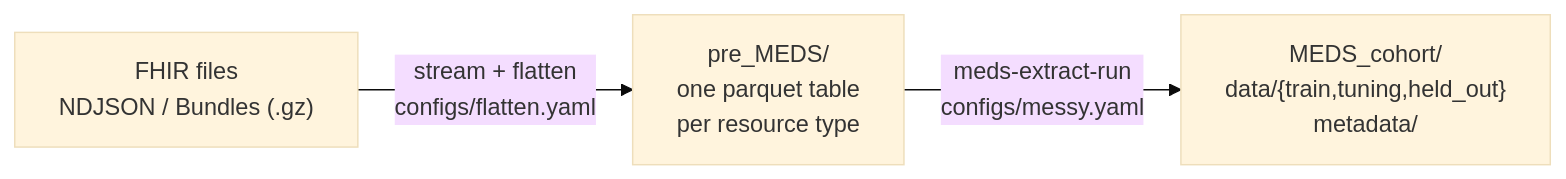
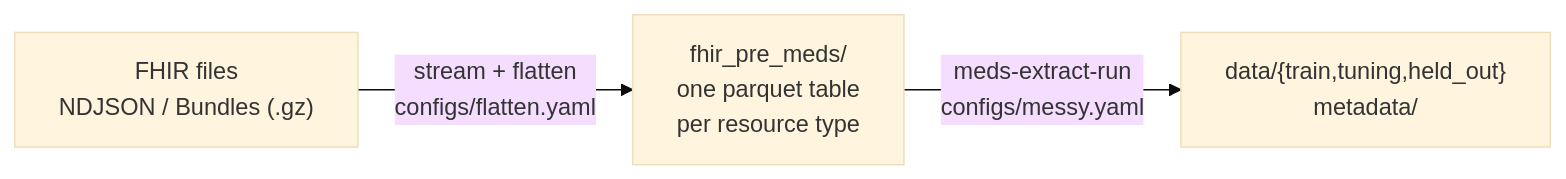
The diagram in docs/design.md (rvandewater/FHIR_MEDS), drawn with Mermaid (base theme) before and after one commit. The commit also changed other lines of this file and 25 other files, not shown here.

First line of the commit message:
Run the ETL as the registered spec FHIR, with suMEDS as a post-stage

````diff
--- a/docs/design.md
+++ b/docs/design.md
@@ -8,5 +8,5 @@
 ```mermaid
 flowchart LR
-    A["FHIR files<br/>NDJSON / Bundles (.gz)"] -->|"stream + flatten<br/>configs/flatten.yaml"| B["pre_MEDS/<br/>one parquet table<br/>per resource type"]
-    B -->|"meds-extract-run<br/>configs/messy.yaml"| C["MEDS_cohort/<br/>data/{train,tuning,held_out}<br/>metadata/"]
+    A["FHIR files<br/>NDJSON / Bundles (.gz)"] -->|"stream + flatten<br/>configs/flatten.yaml"| B["fhir_pre_meds/<br/>one parquet table<br/>per resource type"]
+    B -->|"meds-extract-run<br/>configs/messy.yaml"| C["data/{train,tuning,held_out}<br/>metadata/"]
 ```
````
